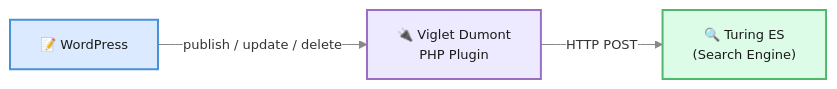
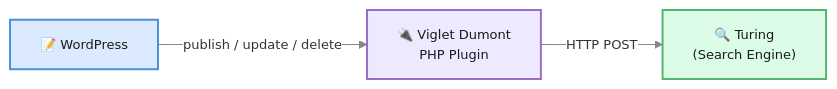
One commit to openviglet/docs changed the diagram in docs-dumont/connectors/wordpress.md. Above: the diagram before and after it, drawn with Mermaid. The commit also changed other lines of this file and 157 other files, not shown here.

````diff
--- a/docs-dumont/connectors/wordpress.md
+++ b/docs-dumont/connectors/wordpress.md
@@ -23,18 +23,18 @@
 ```mermaid
 %%{init: {'theme': 'base', 'themeVariables': {'fontSize': '13px', 'primaryColor': '#fff', 'primaryBorderColor': '#c0c0c0', 'lineColor': '#888', 'textColor': '#333'}}}%%
 graph LR
     WP["📝 WordPress"]
     PLG["🔌 Viglet Dumont\nPHP Plugin"]
-    TUR["🔍 Turing ES\n(Search Engine)"]
+    TUR["🔍 Turing\n(Search Engine)"]
 
     WP -->|"publish / update / delete"| PLG
     PLG -->|"HTTP POST"| TUR
 
     classDef blue fill:#dbeafe,stroke:#4A90D9,stroke-width:2px,color:#1a1a1a
     classDef purple fill:#ede9fe,stroke:#9B6EC5,stroke-width:2px,color:#1a1a1a
     classDef green fill:#dcfce7,stroke:#50B86C,stroke-width:2px,color:#1a1a1a
 
     class WP blue
     class PLG purple
     class TUR green
 ```
````
